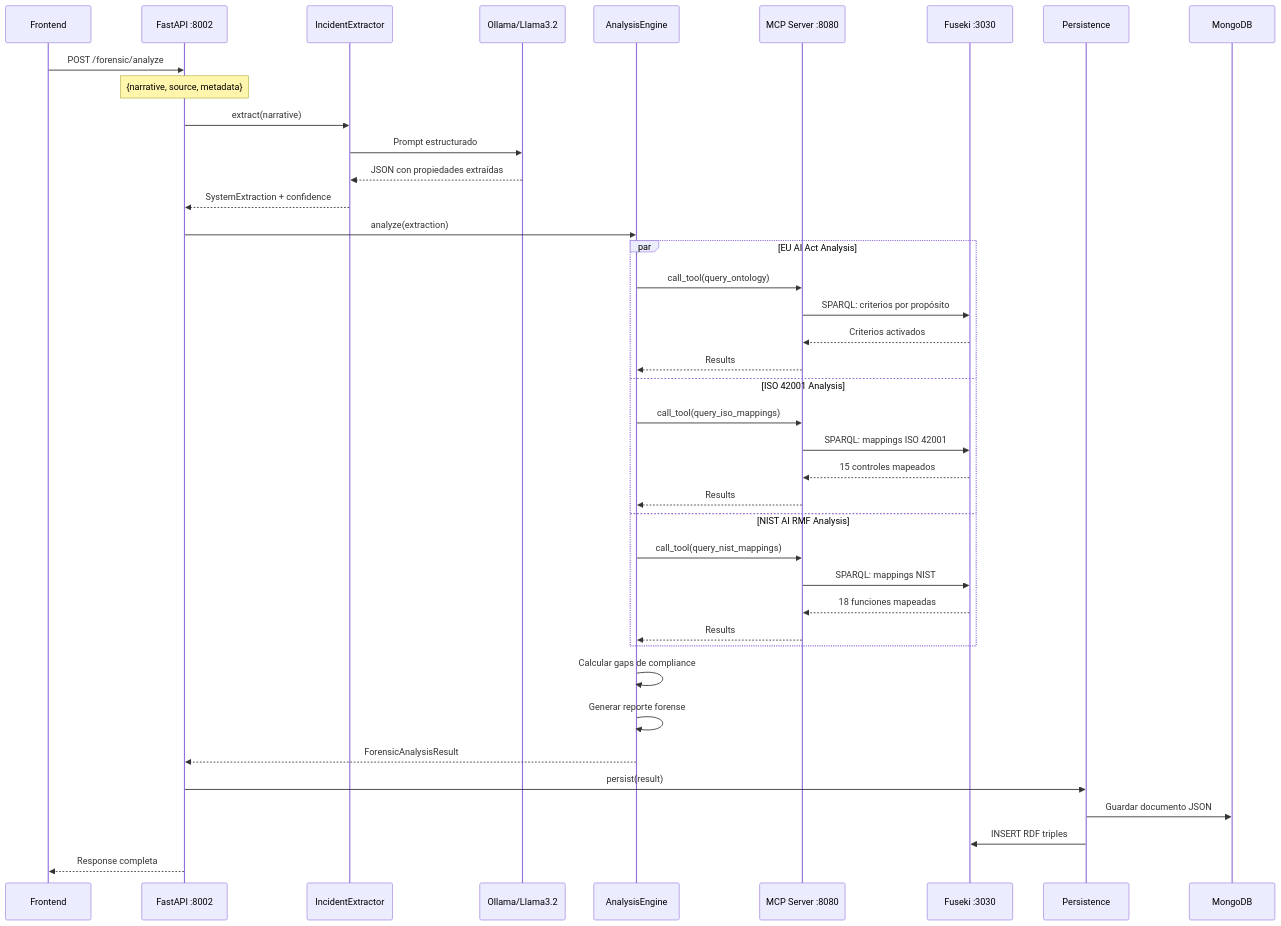
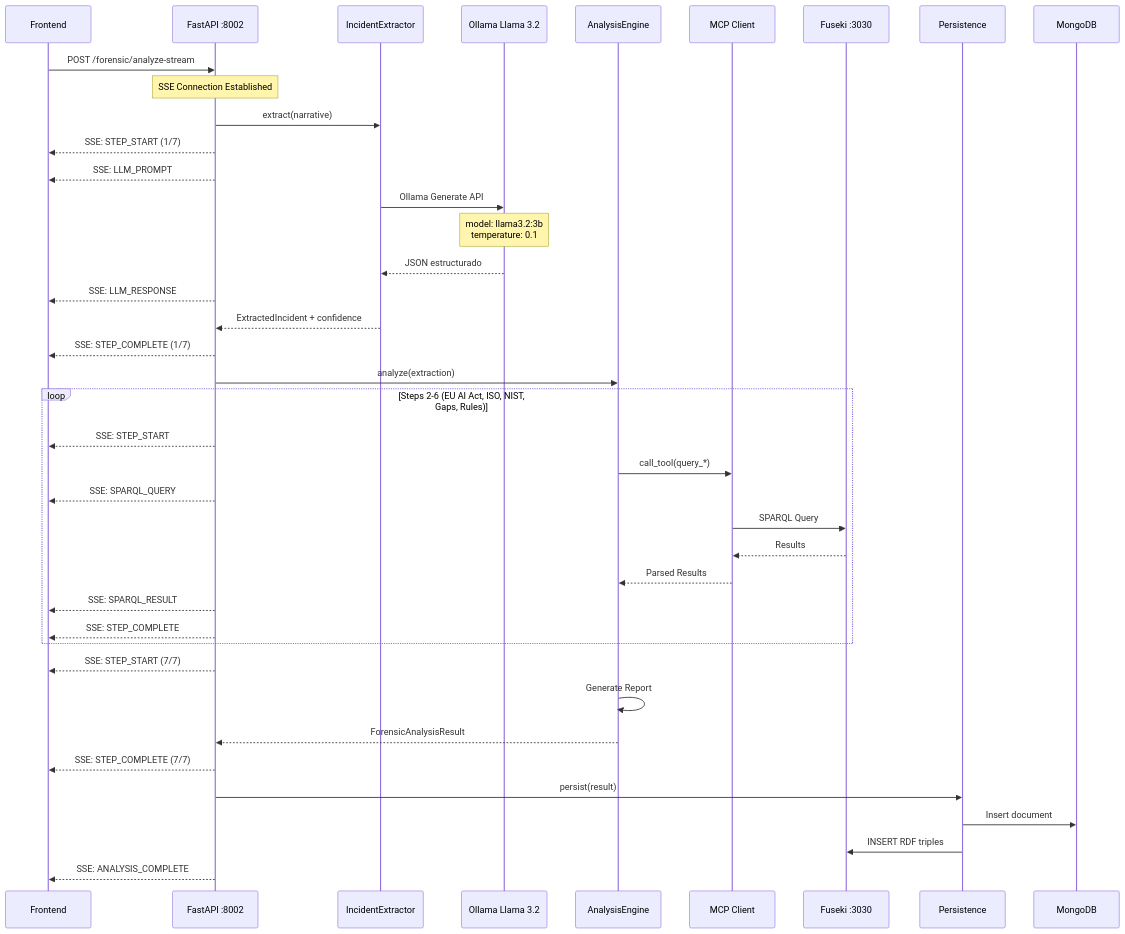
One commit to cartesiosson/ai_act_project changed the fourth of 7 diagrams in forensic_agent/README.md. Above: the diagram before and after it, drawn with Mermaid. The commit also changed other lines of this file, not shown here.

````diff
--- a/forensic_agent/README.md
+++ b/forensic_agent/README.md
@@ -225,49 +244,49 @@
 ```mermaid
 sequenceDiagram
     participant U as Frontend
     participant API as FastAPI :8002
     participant IE as IncidentExtractor
-    participant LLM as Ollama/Llama3.2
+    participant OL as Ollama Llama 3.2
     participant AE as AnalysisEngine
-    participant MCP as MCP Server :8080
+    participant MCP as MCP Client
     participant FK as Fuseki :3030
     participant PS as Persistence
     participant MG as MongoDB
 
-    U->>API: POST /forensic/analyze
-    Note over API: {narrative, source, metadata}
+    U->>API: POST /forensic/analyze-stream
+    Note over API: SSE Connection Established
 
     API->>IE: extract(narrative)
-    IE->>LLM: Prompt estructurado
-    LLM-->>IE: JSON con propiedades extraídas
-    IE-->>API: SystemExtraction + confidence
+    API-->>U: SSE: STEP_START (1/7)
+    API-->>U: SSE: LLM_PROMPT
+    IE->>OL: Ollama Generate API
+    Note over OL: model: llama3.2:3b<br/>temperature: 0.1
+    OL-->>IE: JSON estructurado
+    API-->>U: SSE: LLM_RESPONSE
+    IE-->>API: ExtractedIncident + confidence
+    API-->>U: SSE: STEP_COMPLETE (1/7)
 
     API->>AE: analyze(extraction)
 
-    par EU AI Act Analysis
-        AE->>MCP: call_tool(query_ontology)
-        MCP->>FK: SPARQL: criterios por propósito
-        FK-->>MCP: Criterios activados
-        MCP-->>AE: Results
-    and ISO 42001 Analysis
-        AE->>MCP: call_tool(query_iso_mappings)
-        MCP->>FK: SPARQL: mappings ISO 42001
-        FK-->>MCP: 15 controles mapeados
-        MCP-->>AE: Results
-    and NIST AI RMF Analysis
-        AE->>MCP: call_tool(query_nist_mappings)
-        MCP->>FK: SPARQL: mappings NIST
-        FK-->>MCP: 18 funciones mapeadas
-        MCP-->>AE: Results
+    loop Steps 2-6 (EU AI Act, ISO, NIST, Gaps, Rules)
+        API-->>U: SSE: STEP_START
+        AE->>MCP: call_tool(query_*)
+        API-->>U: SSE: SPARQL_QUERY
+        MCP->>FK: SPARQL Query
+        FK-->>MCP: Results
+        MCP-->>AE: Parsed Results
+        API-->>U: SSE: SPARQL_RESULT
+        API-->>U: SSE: STEP_COMPLETE
     end
 
-    AE->>AE: Calcular gaps de compliance
-    AE->>AE: Generar reporte forense
+    API-->>U: SSE: STEP_START (7/7)
+    AE->>AE: Generate Report
     AE-->>API: ForensicAnalysisResult
+    API-->>U: SSE: STEP_COMPLETE (7/7)
 
     API->>PS: persist(result)
-    PS->>MG: Guardar documento JSON
+    PS->>MG: Insert document
     PS->>FK: INSERT RDF triples
 
-    API-->>U: Response completa
+    API-->>U: SSE: ANALYSIS_COMPLETE
 ```
````
